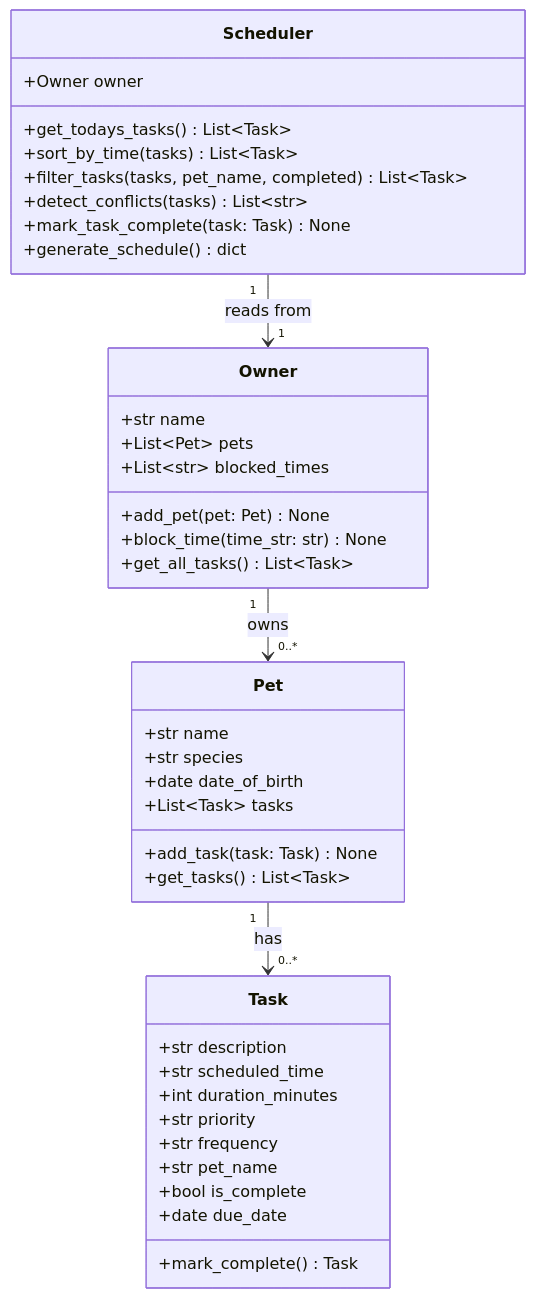
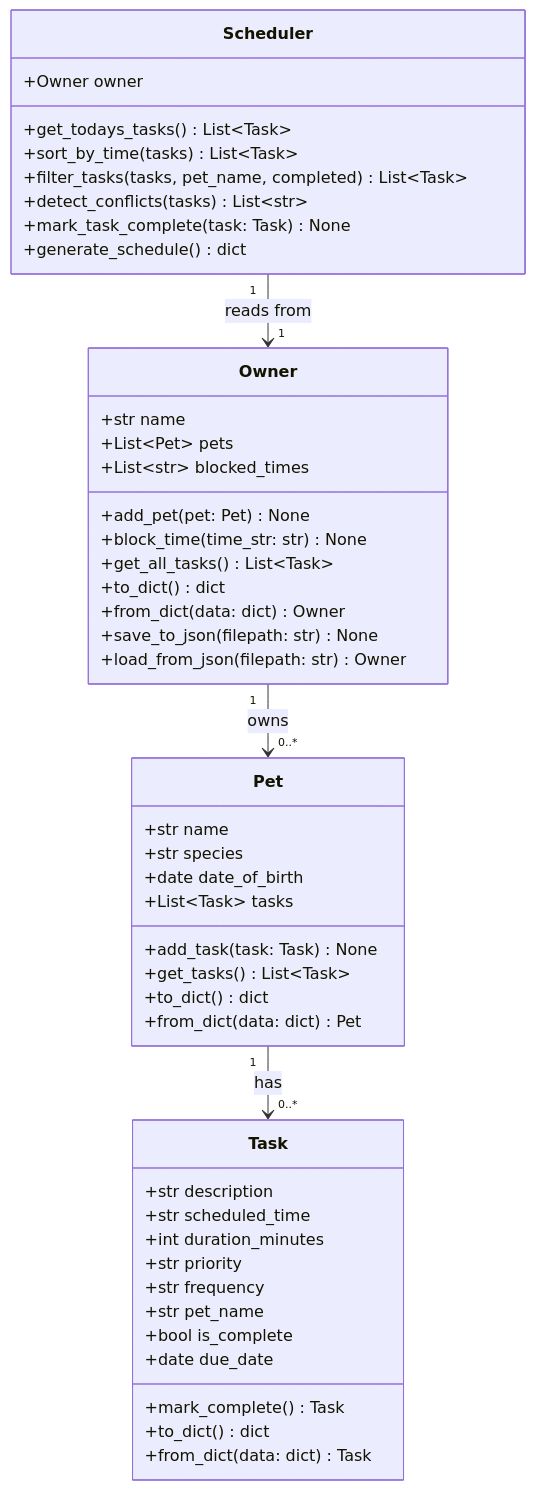
The diagram in uml_diagram.md (mjb529/ai110-module2show-pawpal-starter), drawn with Mermaid before and after one commit. The commit also changed 1 other file, not shown here.

Commit message:
fix: improve UI with form submission, delete buttons, and demo data
- Wrap all inputs in st.form so Enter key submits correctly
- Add delete buttons for pets and tasks
- Pre-load Matthew and Mr. Jasper with sample tasks on first run
- Update uml_diagram.md to reflect persistence methods added in Challenge 2

````diff
--- a/uml_diagram.md
+++ b/uml_diagram.md
@@ -5,46 +5,54 @@
 ```mermaid
 classDiagram
     class Task {
         +str description
         +str scheduled_time
         +int duration_minutes
         +str priority
         +str frequency
         +str pet_name
         +bool is_complete
         +date due_date
         +mark_complete() Task
+        +to_dict() dict
+        +from_dict(data: dict) Task
     }
 
     class Pet {
         +str name
         +str species
         +date date_of_birth
         +List~Task~ tasks
         +add_task(task: Task) None
         +get_tasks() List~Task~
+        +to_dict() dict
+        +from_dict(data: dict) Pet
     }
 
     class Owner {
         +str name
         +List~Pet~ pets
         +List~str~ blocked_times
         +add_pet(pet: Pet) None
         +block_time(time_str: str) None
         +get_all_tasks() List~Task~
+        +to_dict() dict
+        +from_dict(data: dict) Owner
+        +save_to_json(filepath: str) None
+        +load_from_json(filepath: str) Owner
     }
 
     class Scheduler {
         +Owner owner
         +get_todays_tasks() List~Task~
         +sort_by_time(tasks) List~Task~
         +filter_tasks(tasks, pet_name, completed) List~Task~
         +detect_conflicts(tasks) List~str~
         +mark_task_complete(task: Task) None
         +generate_schedule() dict
     }
 
     Owner "1" --> "0..*" Pet : owns
     Pet "1" --> "0..*" Task : has
     Scheduler "1" --> "1" Owner : reads from
 ```
````
